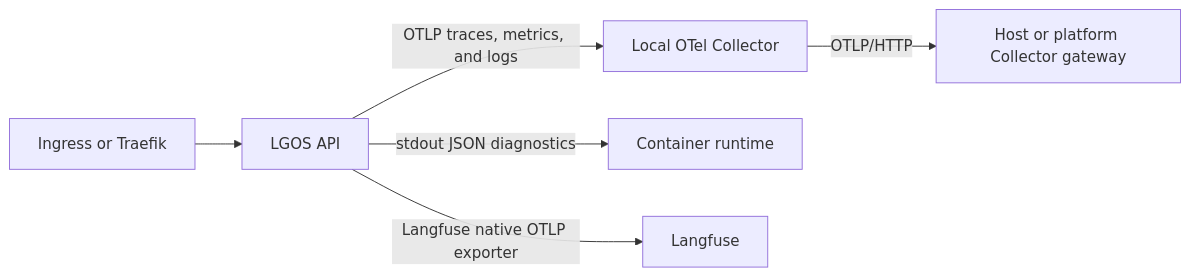
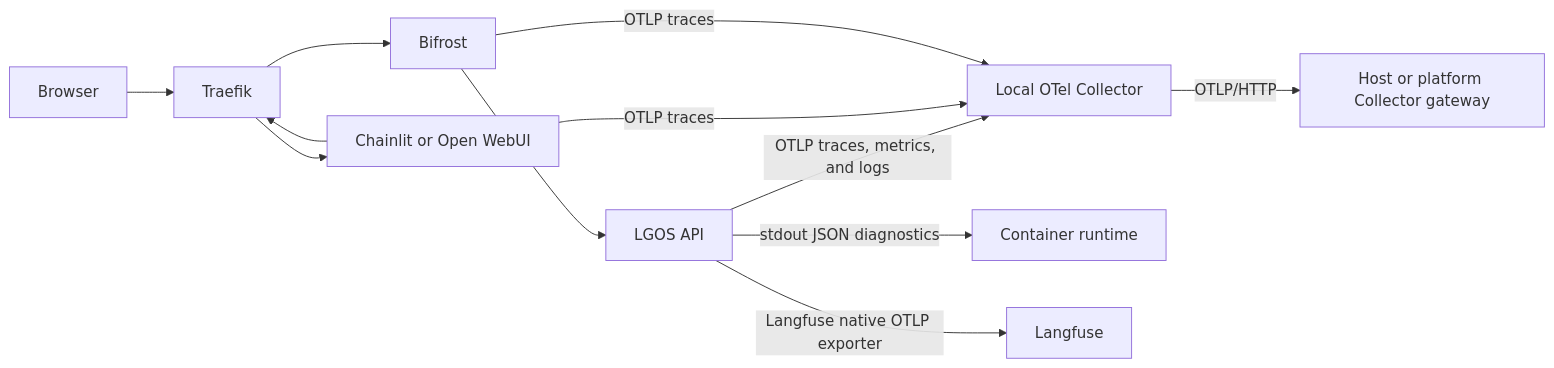
The diagram in docs/how-to-guides/production-otel.md (ilkersigirci/langgraph-openai-serve), drawn with Mermaid before and after one commit. The commit also changed other lines of this file and 8 other files, not shown here.

Commit message:
feat: enabled opentelemetry for chainlit & bifrost

````diff
--- a/docs/how-to-guides/production-otel.md
+++ b/docs/how-to-guides/production-otel.md
@@ -6,8 +6,14 @@
 ```mermaid
 flowchart LR
-    proxy[Ingress or Traefik] --> api[LGOS API]
+    browser[Browser] --> proxy[Traefik]
+    proxy --> ui[Chainlit or Open WebUI]
+    ui --> proxy
+    proxy --> bifrost[Bifrost]
+    bifrost --> api[LGOS API]
     api -->|OTLP traces, metrics, and logs| collector[Local OTel Collector]
+    ui -->|OTLP traces| collector
+    bifrost -->|OTLP traces| collector
     collector -->|OTLP/HTTP| gateway[Host or platform Collector gateway]
     api -->|stdout JSON diagnostics| runtime[Container runtime]
     api -->|Langfuse native OTLP exporter| langfuse[Langfuse]
 ```
````
